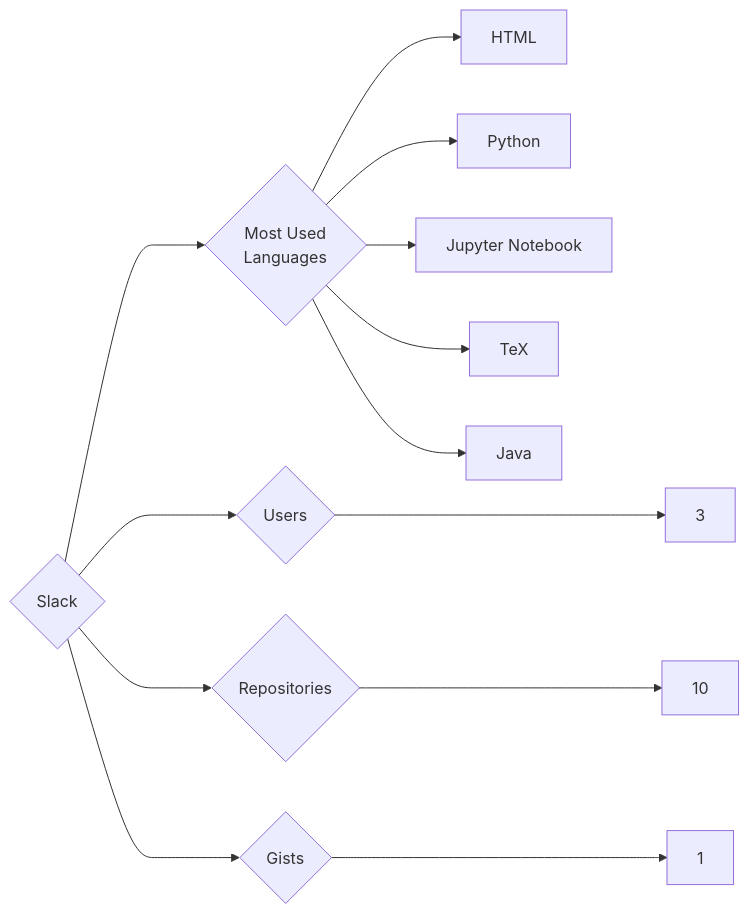
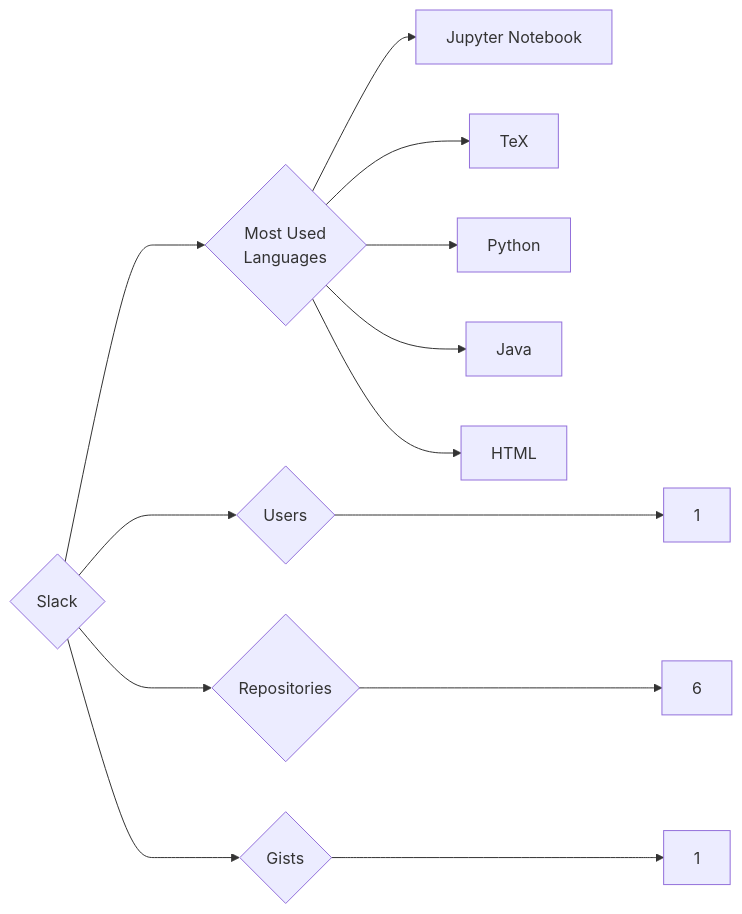
One commit to trickest/insiders changed the diagram in targets/Slack/README.md. Above: the diagram before and after it, drawn with Mermaid. The commit also changed 995 other files, not shown here.

````diff
--- a/targets/Slack/README.md
+++ b/targets/Slack/README.md
@@ -3,13 +3,13 @@
 ```mermaid
 graph LR
 COMPANY_NAME{Slack}
-COMPANY_NAME ---> U{Users} ---> UN[3]
-COMPANY_NAME ---> R{Repositories} ---> RN[10]
+COMPANY_NAME ---> U{Users} ---> UN[1]
+COMPANY_NAME ---> R{Repositories} ---> RN[6]
 COMPANY_NAME ---> G{Gists} ---> GN[1]
 COMPANY_NAME ---> ML{Most Used<br>Languages}
-ML --> HTML[HTML]
-ML --> Python[Python]
 ML --> Jupyter_Notebook[Jupyter Notebook]
 ML --> TeX[TeX]
+ML --> Python[Python]
 ML --> Java[Java]
+ML --> HTML[HTML]
 ```
````
